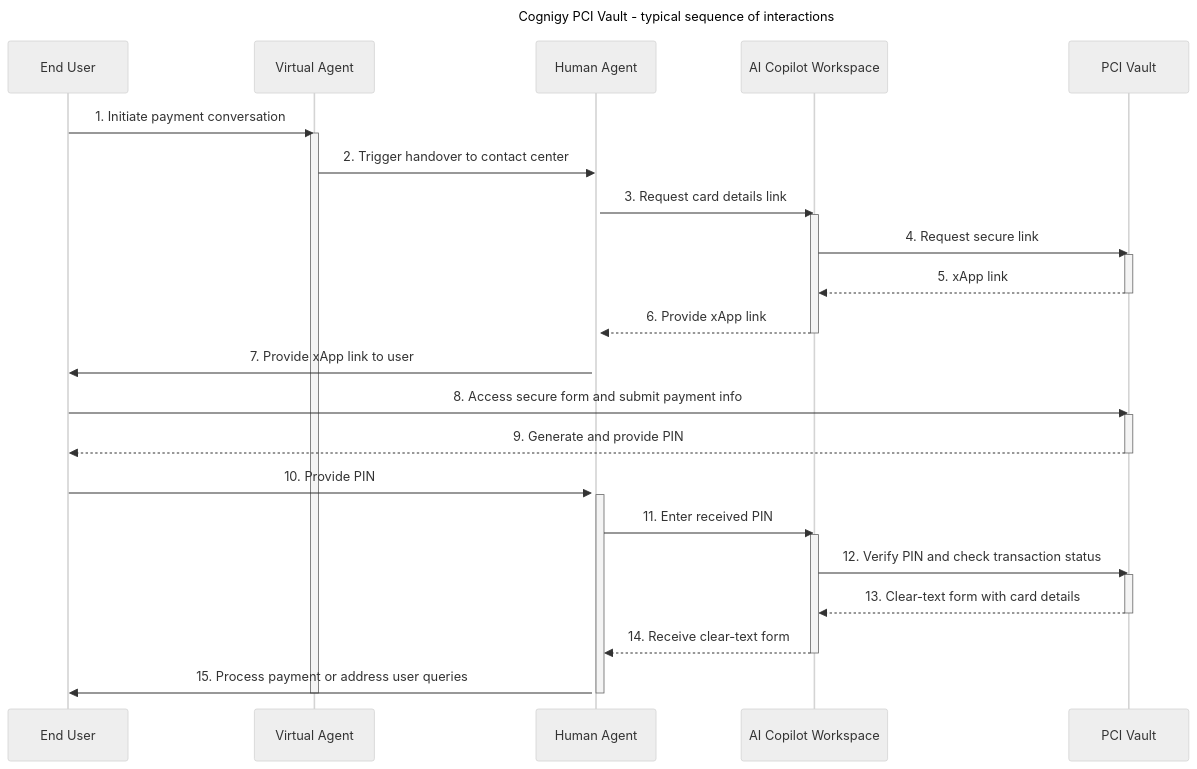
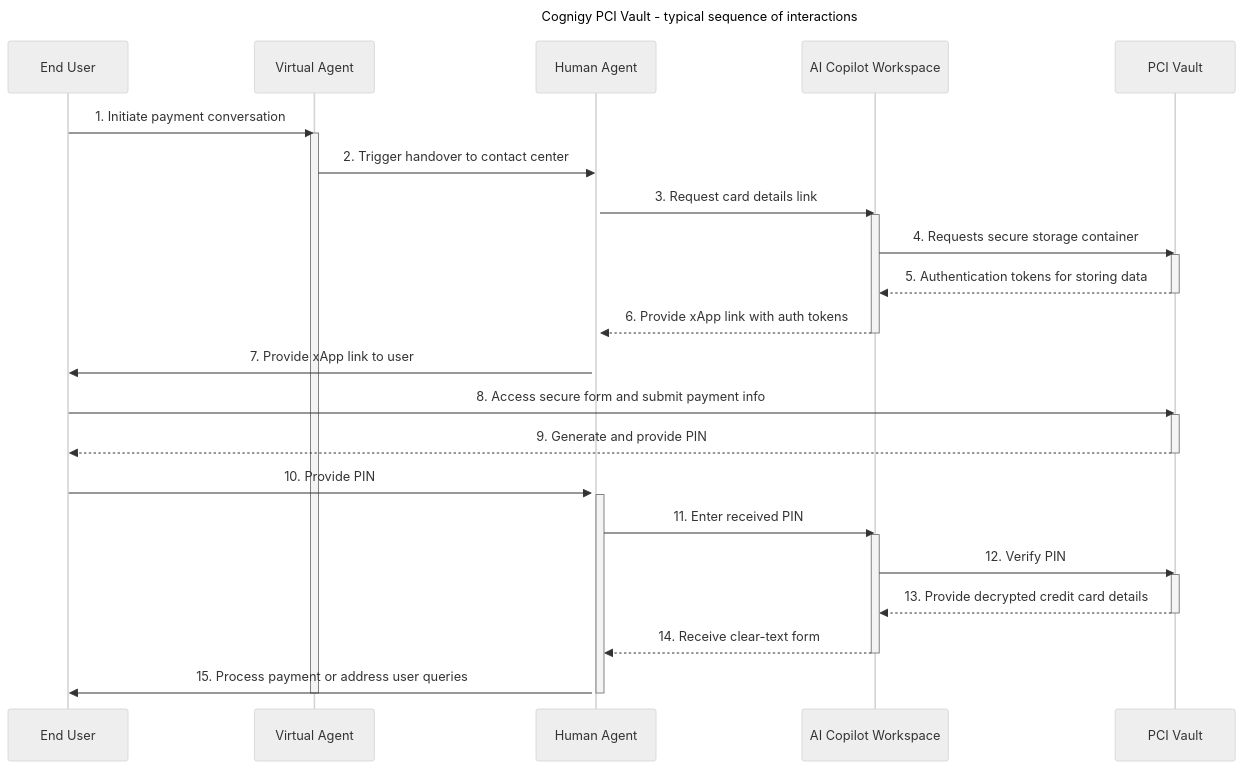
One commit to Cognigy/Documentation changed the diagram in docs/en/docs/pci-vault/overview.md. Above: the diagram before and after it, drawn with Mermaid (neutral theme). The commit also changed other lines of this file, not shown here.

````diff
--- a/docs/en/docs/pci-vault/overview.md
+++ b/docs/en/docs/pci-vault/overview.md
@@ -40,48 +19,48 @@
 ```mermaid
 sequenceDiagram
 title Cognigy PCI Vault - typical sequence of interactions
 
 participant User as End User
 participant VirtualAgent as Virtual Agent
 participant ContactCenterAgent as Human Agent
 participant AICopilot as AI Copilot Workspace
 participant PCIVault as PCI Vault
 
 User->>VirtualAgent: 1. Initiate payment conversation
 activate VirtualAgent
 
 VirtualAgent->>ContactCenterAgent: 2. Trigger handover to contact center
 activate ContactCenterAgent
 
 ContactCenterAgent->>AICopilot: 3. Request card details link
 activate AICopilot
-AICopilot->>PCIVault: 4. Request secure link
+AICopilot->>PCIVault: 4. Requests secure storage container
 activate PCIVault
-PCIVault-->>AICopilot: 5. xApp link
+PCIVault-->>AICopilot: 5. Authentication tokens for storing data
 deactivate PCIVault
-AICopilot-->>ContactCenterAgent: 6. Provide xApp link
+AICopilot-->>ContactCenterAgent: 6. Provide xApp link with auth tokens
 deactivate AICopilot
 
 ContactCenterAgent->>User: 7. Provide xApp link to user
 
 User->>PCIVault: 8. Access secure form and submit payment info
 activate PCIVault
 PCIVault-->>User: 9. Generate and provide PIN
 deactivate PCIVault
 
 User->>ContactCenterAgent: 10. Provide PIN
 activate ContactCenterAgent
 ContactCenterAgent->>AICopilot: 11. Enter received PIN
 activate AICopilot
-AICopilot->>PCIVault: 12. Verify PIN and check transaction status
+AICopilot->>PCIVault: 12. Verify PIN
 activate PCIVault
-PCIVault-->>AICopilot: 13. Clear-text form with card details
+PCIVault-->>AICopilot: 13. Provide decrypted credit card details
 deactivate PCIVault
 AICopilot-->>ContactCenterAgent: 14. Receive clear-text form
 deactivate AICopilot
 
 ContactCenterAgent->>User: 15. Process payment or address user queries
 
 deactivate ContactCenterAgent
 deactivate VirtualAgent
 ```
````
